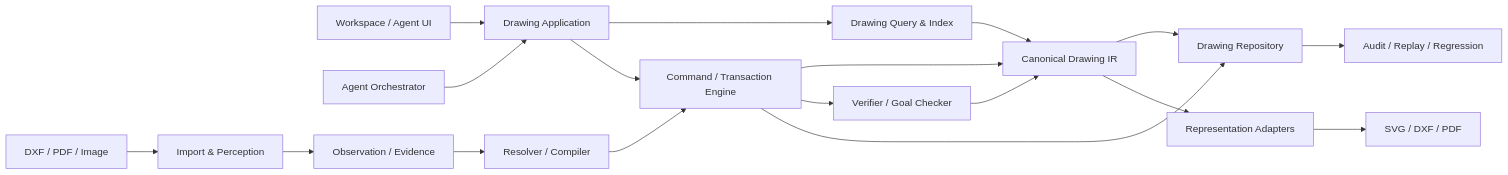
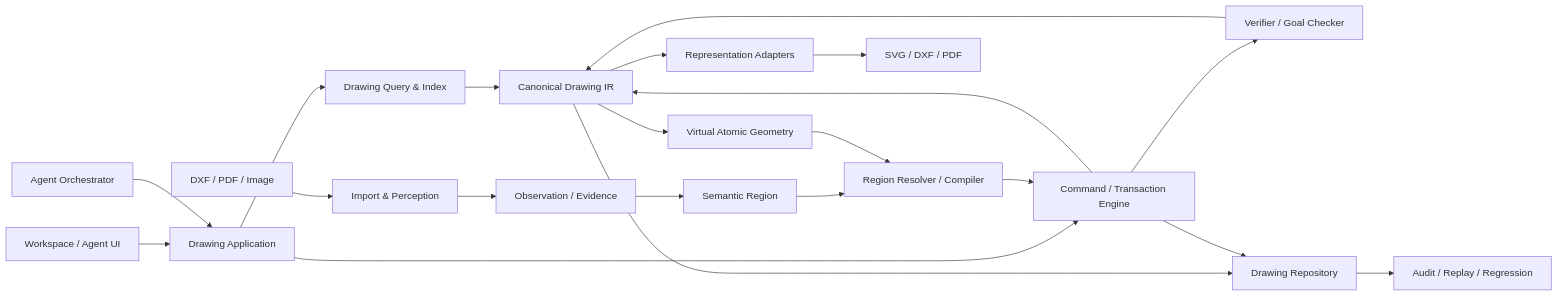
One commit to sidhu-master/VectorAI-plugin changed the diagram in docs/tech-architecture.md. Above: the diagram before and after it, drawn with Mermaid. The commit also changed other lines of this file and 4 other files, not shown here.

````diff
--- a/docs/tech-architecture.md
+++ b/docs/tech-architecture.md
@@ -29,23 +29,26 @@
 ```mermaid
 flowchart LR
     UI["Workspace / Agent UI"] --> APP["Drawing Application"]
     AGENT["Agent Orchestrator"] --> APP
     APP --> QUERY["Drawing Query & Index"]
     APP --> CMD["Command / Transaction Engine"]
     CMD --> CORE["Canonical Drawing IR"]
     QUERY --> CORE
     CMD --> VERIFY["Verifier / Goal Checker"]
     VERIFY --> CORE
 
     SOURCE["DXF / PDF / Image"] --> INGEST["Import & Perception"]
     INGEST --> EVIDENCE["Observation / Evidence"]
-    EVIDENCE --> RESOLVE["Resolver / Compiler"]
+    EVIDENCE --> REGION["Semantic Region"]
+    REGION --> RESOLVE["Region Resolver / Compiler"]
+    CORE --> ATOMIC["Virtual Atomic Geometry"]
+    ATOMIC --> RESOLVE
     RESOLVE --> CMD
 
     CORE --> REPO["Drawing Repository"]
     CMD --> REPO
     REPO --> AUDIT["Audit / Replay / Regression"]
 
     CORE --> ADAPTER["Representation Adapters"]
     ADAPTER --> OUTPUT["SVG / DXF / PDF"]
 ```
````
